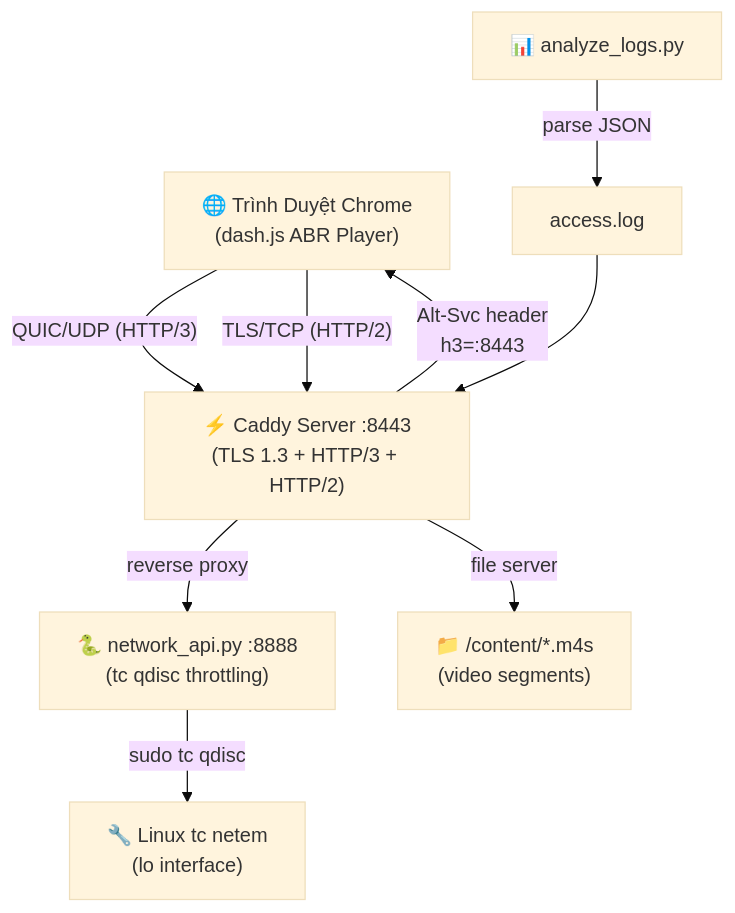
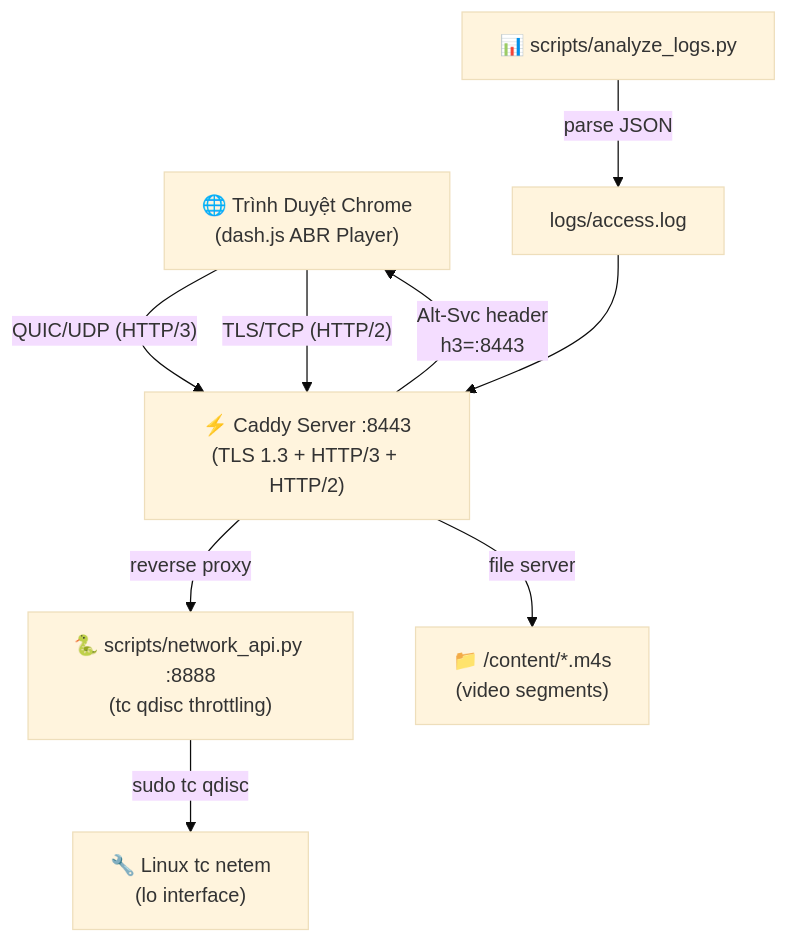
Before and after one commit to Ansociuu/video-streaming-dash: the first of 3 diagrams in REPORT.md, drawn with Mermaid (base theme). The commit also changed other lines of this file and 7 other files, not shown here.

Commit message:
Refactor project structure: organize scripts and logs

````diff
--- a/REPORT.md
+++ b/REPORT.md
@@ -13,12 +13,12 @@
 ```mermaid
 graph TD
     A["🌐 Trình Duyệt Chrome<br/>(dash.js ABR Player)"] -->|"QUIC/UDP (HTTP/3)"| B
     A -->|"TLS/TCP (HTTP/2)"| B
     B["⚡ Caddy Server :8443<br/>(TLS 1.3 + HTTP/3 + HTTP/2)"]
     B -->|"Alt-Svc header<br/>h3=:8443"| A
-    B -->|"reverse proxy"| C["🐍 network_api.py :8888<br/>(tc qdisc throttling)"]
+    B -->|"reverse proxy"| C["🐍 scripts/network_api.py :8888<br/>(tc qdisc throttling)"]
     B -->|"file server"| D["📁 /content/*.m4s<br/>(video segments)"]
     C -->|"sudo tc qdisc"| E["🔧 Linux tc netem<br/>(lo interface)"]
-    F["📊 analyze_logs.py"] -->|"parse JSON"| G["access.log"]
+    F["📊 scripts/analyze_logs.py"] -->|"parse JSON"| G["logs/access.log"]
     G --> B
 ```
````
